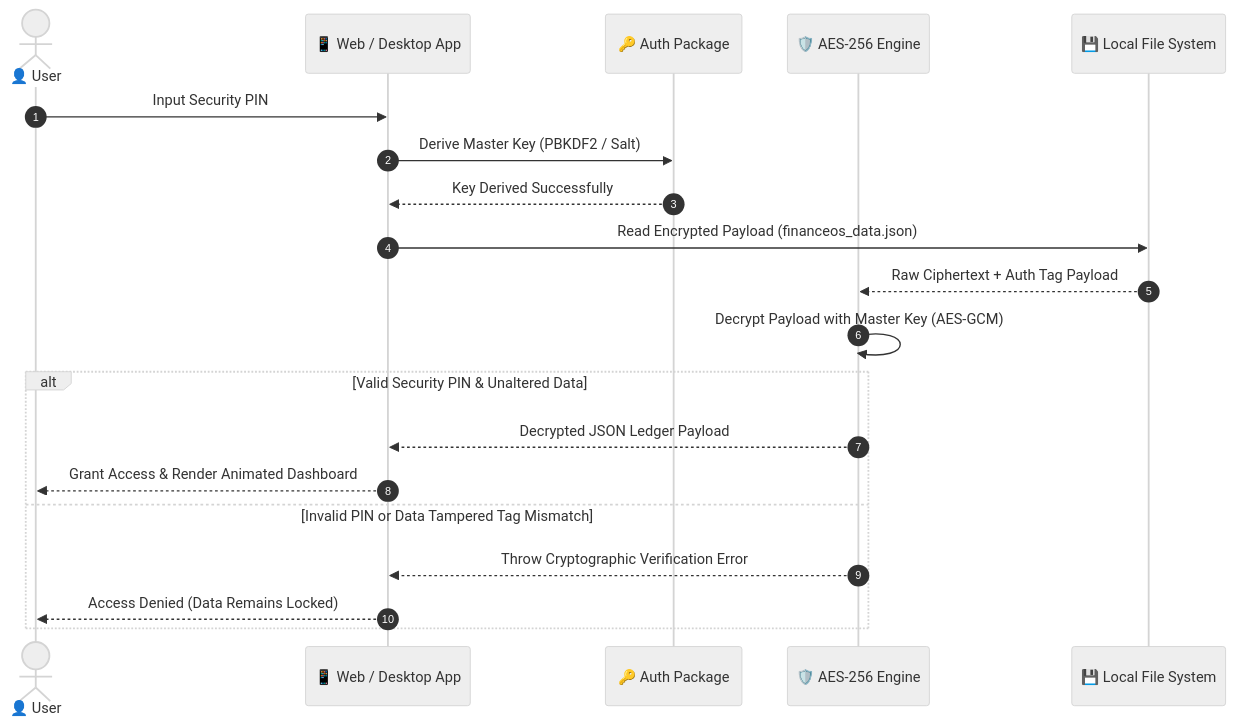
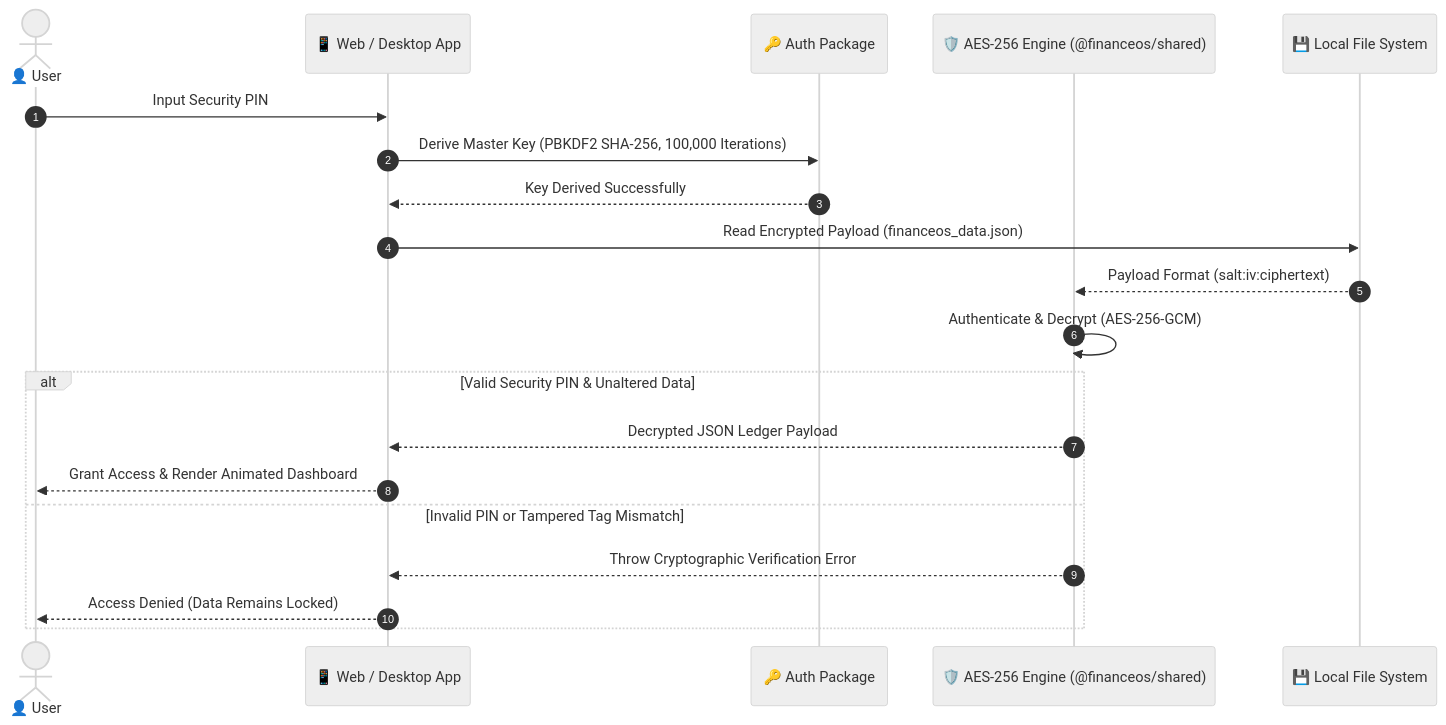
The third of 3 diagrams in README.md (AnuroopSrivastava/MyFinanceOS), drawn with Mermaid (neutral theme) before and after one commit. The commit also changed other lines of this file and 13 other files, not shown here.

````diff
--- a/README.md
+++ b/README.md
@@ -159,24 +183,24 @@
 ```mermaid
 sequenceDiagram
     autonumber
     actor User as 👤 User
     participant App as 📱 Web / Desktop App
     participant Auth as 🔑 Auth Package
-    participant Engine as 🛡️ AES-256 Engine
+    participant Engine as 🛡️ AES-256 Engine (@financeos/shared)
     participant Storage as 💾 Local File System
 
     User->>App: Input Security PIN
-    App->>Auth: Derive Master Key (PBKDF2 / Salt)
+    App->>Auth: Derive Master Key (PBKDF2 SHA-256, 100,000 Iterations)
     Auth-->>App: Key Derived Successfully
     App->>Storage: Read Encrypted Payload (financeos_data.json)
-    Storage-->>Engine: Raw Ciphertext + Auth Tag Payload
-    Engine->>Engine: Decrypt Payload with Master Key (AES-GCM)
+    Storage-->>Engine: Payload Format (salt:iv:ciphertext)
+    Engine->>Engine: Authenticate & Decrypt (AES-256-GCM)
 
     alt Valid Security PIN & Unaltered Data
         Engine-->>App: Decrypted JSON Ledger Payload
         App-->>User: Grant Access & Render Animated Dashboard
-    else Invalid PIN or Data Tampered Tag Mismatch
+    else Invalid PIN or Tampered Tag Mismatch
         Engine-->>App: Throw Cryptographic Verification Error
         App-->>User: Access Denied (Data Remains Locked)
     end
 ```
````
